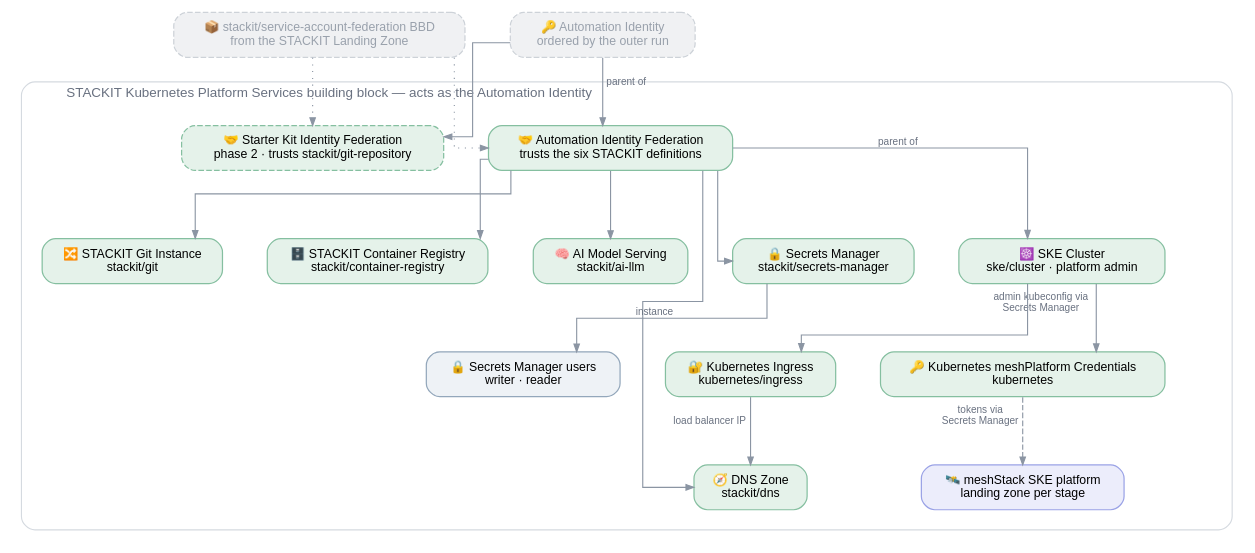
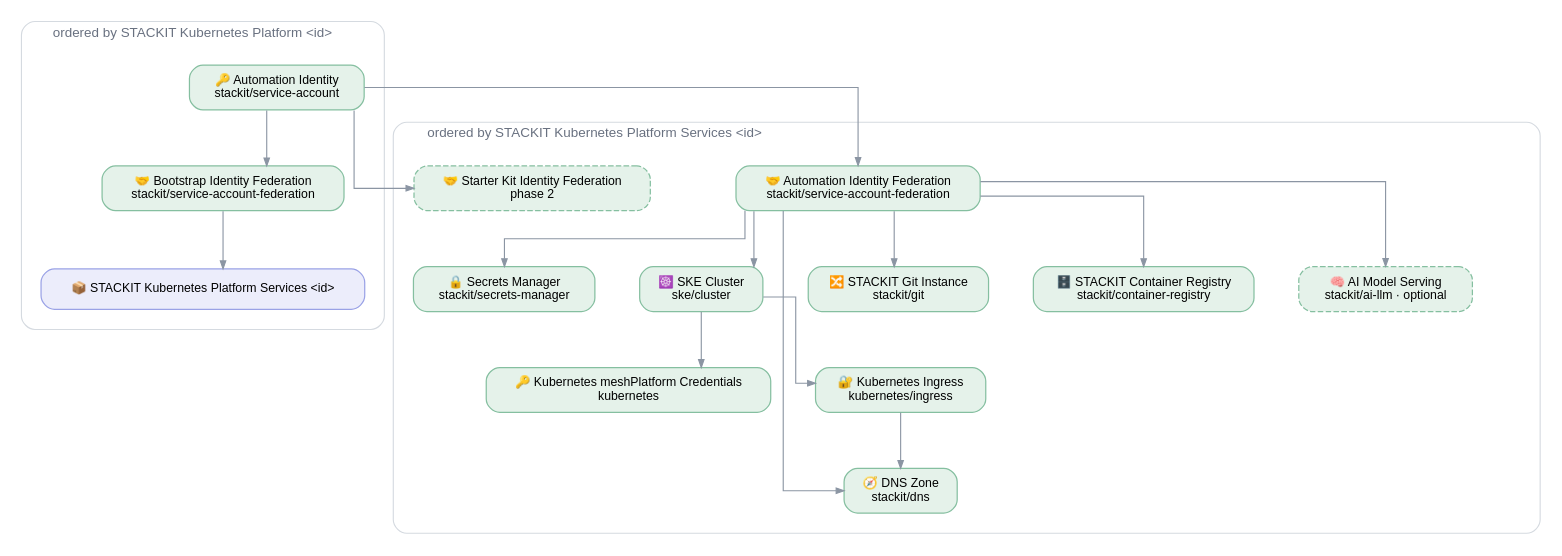
One commit to meshcloud/meshstack-hub changed the diagram in reference-architectures/stackit-kubernetes/stackit-kubernetes-building-blocks.dot. Above: the diagram before and after it, drawn with Graphviz. The commit also changed 2 other files, not shown here.

Commit message:
docs(ref-arch/stackit-kubernetes): draw only building blocks and their parents in the tree
The tree showed Secrets Manager users, the meshStack platform and a definition as boxes, and
labelled edges with data flows. It now has one box per building block, unlabelled parent-to-child
arrows taken from the code, and frames for the run that orders them.

```diff
--- a/reference-architectures/stackit-kubernetes/stackit-kubernetes-building-blocks.dot
+++ b/reference-architectures/stackit-kubernetes/stackit-kubernetes-building-blocks.dot
@@ -1,67 +1,65 @@
 /*
- * Building block tree of the nested STACKIT Kubernetes Platform Services building block. The outer
- * layer that orders it is described in README.md, not drawn here.
+ * Building blocks of the STACKIT Kubernetes Platform, with their parents as meshPanel shows them.
+ * Every box is a building block and every arrow points from parent to child; the frames show which
+ * run orders the boxes inside them.
  * Conventions: .agents/references/diagrams.md — render with: task diagrams
  */
 digraph stackit_kubernetes_building_blocks {
   rankdir=TB
   splines=ortho
-  forcelabels=true
   bgcolor="white"
   nodesep=0.55
-  ranksep=0.85
+  ranksep=0.7
 
   node [shape=box style="rounded,filled" fontname="Helvetica" fontsize=11
-        fillcolor="#ffffff" color="#a2abb8" penwidth=1.1 margin="0.20,0.11"]
-  edge [fontname="Helvetica" fontsize=9 fontcolor="#697180" color="#8b95a3" arrowsize=0.7]
+        fillcolor="#e5f2ea" color="#85bfa0" penwidth=1.1 margin="0.20,0.11"]
+  edge [color="#8b95a3" arrowsize=0.7]
 
-  // Context only: the landing zone's definition and the outer run's identity.
-  BBD_FED [label="📦 stackit/service-account-federation BBD\nfrom the STACKIT Landing Zone"
-           style="rounded,filled,dashed" fillcolor="#f0f1f3" color="#cdd2d8" fontcolor="#99a1ac"]
-  SA      [label="🔑 Automation Identity\nordered by the outer run"
-           style="rounded,filled,dashed" fillcolor="#f0f1f3" color="#cdd2d8" fontcolor="#99a1ac"]
-
-  { rank=same; BBD_FED -> SA [style=invis] }
-
-  subgraph cluster_platform {
-    label="  STACKIT Kubernetes Platform Services building block — acts as the Automation Identity"
+  subgraph cluster_outer {
+    label="  ordered by STACKIT Kubernetes Platform <id>"
     labeljust=l
     fontname="Helvetica" fontsize=12 fontcolor="#697180"
     style="rounded" color="#d5dae0"
     margin=18
 
-    FED     [label="🤝 Automation Identity Federation\ntrusts the six STACKIT definitions" fillcolor="#e5f2ea" color="#85bfa0"]
-    SM      [label="🔒 Secrets Manager\nstackit/secrets-manager" fillcolor="#e5f2ea" color="#85bfa0"]
-    USERS   [label="🔒 Secrets Manager users\nwriter · reader" fillcolor="#eef2f6" color="#93a7bb"]
-    CLUSTER [label="☸️ SKE Cluster\nske/cluster · platform admin" fillcolor="#e5f2ea" color="#85bfa0"]
-    GIT     [label="🔀 STACKIT Git Instance\nstackit/git" fillcolor="#e5f2ea" color="#85bfa0"]
-    REG     [label="🗄️ STACKIT Container Registry\nstackit/container-registry" fillcolor="#e5f2ea" color="#85bfa0"]
-    AI      [label="🧠 AI Model Serving\nstackit/ai-llm" fillcolor="#e5f2ea" color="#85bfa0"]
-    CREDS   [label="🔑 Kubernetes meshPlatform Credentials\nkubernetes" fillcolor="#e5f2ea" color="#85bfa0"]
-    ING     [label="🔐 Kubernetes Ingress\nkubernetes/ingress" fillcolor="#e5f2ea" color="#85bfa0"]
-    DNS     [label="🧭 DNS Zone\nstackit/dns" fillcolor="#e5f2ea" color="#85bfa0"]
-    MP      [label="🛰️ meshStack SKE platform\nlanding zone per stage" fillcolor="#ecedfb" color="#9aa2e6"]
-    SKFED   [label="🤝 Starter Kit Identity Federation\nphase 2 · trusts stackit/git-repository"
-             style="rounded,filled,dashed" fillcolor="#e5f2ea" color="#85bfa0"]
+    SA    [label="🔑 Automation Identity\nstackit/service-account"]
+    BOOT  [label="🤝 Bootstrap Identity Federation\nstackit/service-account-federation"]
+    SVC   [label="📦 STACKIT Kubernetes Platform Services <id>" fillcolor="#ecedfb" color="#9aa2e6"]
+  }
+
+  subgraph cluster_platform {
+    label="  ordered by STACKIT Kubernetes Platform Services <id>"
+    labeljust=l
+    fontname="Helvetica" fontsize=12 fontcolor="#697180"
+    style="rounded" color="#d5dae0"
+    margin=18
+
+    FED     [label="🤝 Automation Identity Federation\nstackit/service-account-federation"]
+    SKFED   [label="🤝 Starter Kit Identity Federation\nphase 2" style="rounded,filled,dashed"]
+    SM      [label="🔒 Secrets Manager\nstackit/secrets-manager"]
+    CLUSTER [label="☸️ SKE Cluster\nske/cluster"]
+    GIT     [label="🔀 STACKIT Git Instance\nstackit/git"]
+    REG     [label="🗄️ STACKIT Container Registry\nstackit/container-registry"]
+    AI      [label="🧠 AI Model Serving\nstackit/ai-llm · optional" style="rounded,filled,dashed"]
+    CREDS   [label="🔑 Kubernetes meshPlatform Credentials\nkubernetes"]
+    ING     [label="🔐 Kubernetes Ingress\nkubernetes/ingress"]
+    DNS     [label="🧭 DNS Zone\nstackit/dns"]
 
     { rank=same; SM -> CLUSTER -> GIT -> REG -> AI [style=invis] }
     { rank=same; CREDS -> ING [style=invis] }
-
-    FED     -> CLUSTER [xlabel="parent of"]
-    FED     -> GIT
-    FED     -> REG
-    FED     -> AI
-    FED     -> SM
-    SM      -> USERS   [xlabel="instance"]
-    CLUSTER -> CREDS   [xlabel="admin kubeconfig via\nSecrets Manager"]
-    CLUSTER -> ING
-    ING     -> DNS     [xlabel="load balancer IP"]
-    FED     -> DNS     [constraint=false]
-    CREDS   -> MP      [xlabel="tokens via\nSecrets Manager" style=dashed]
   }
 
-  SA      -> FED   [xlabel="parent of"]
+  SA      -> BOOT
+  BOOT    -> SVC
+  SA      -> FED
   SA      -> SKFED
-  BBD_FED -> FED   [style=dotted]
-  BBD_FED -> SKFED [style=dotted]
+  FED     -> SM
+  FED     -> CLUSTER
+  FED     -> GIT
+  FED     -> REG
+  FED     -> AI
+  CLUSTER -> CREDS
+  CLUSTER -> ING
+  ING     -> DNS
+  FED     -> DNS [constraint=false]
 }
```
